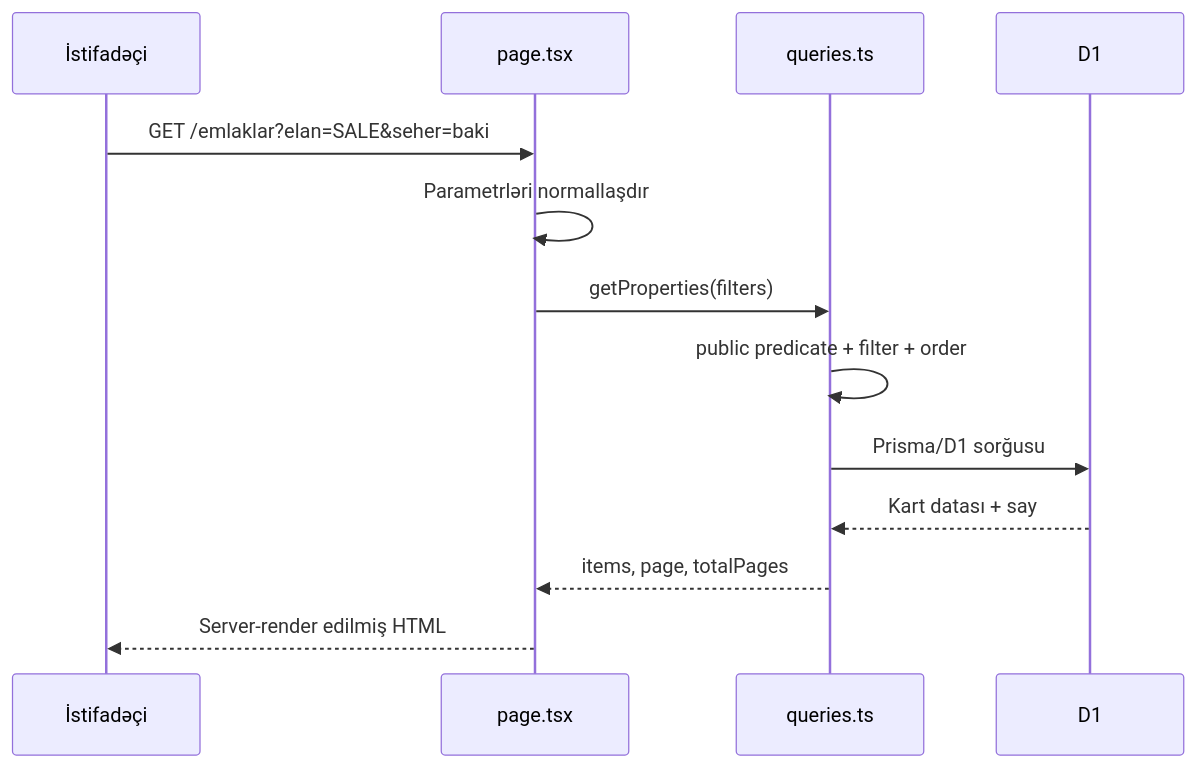
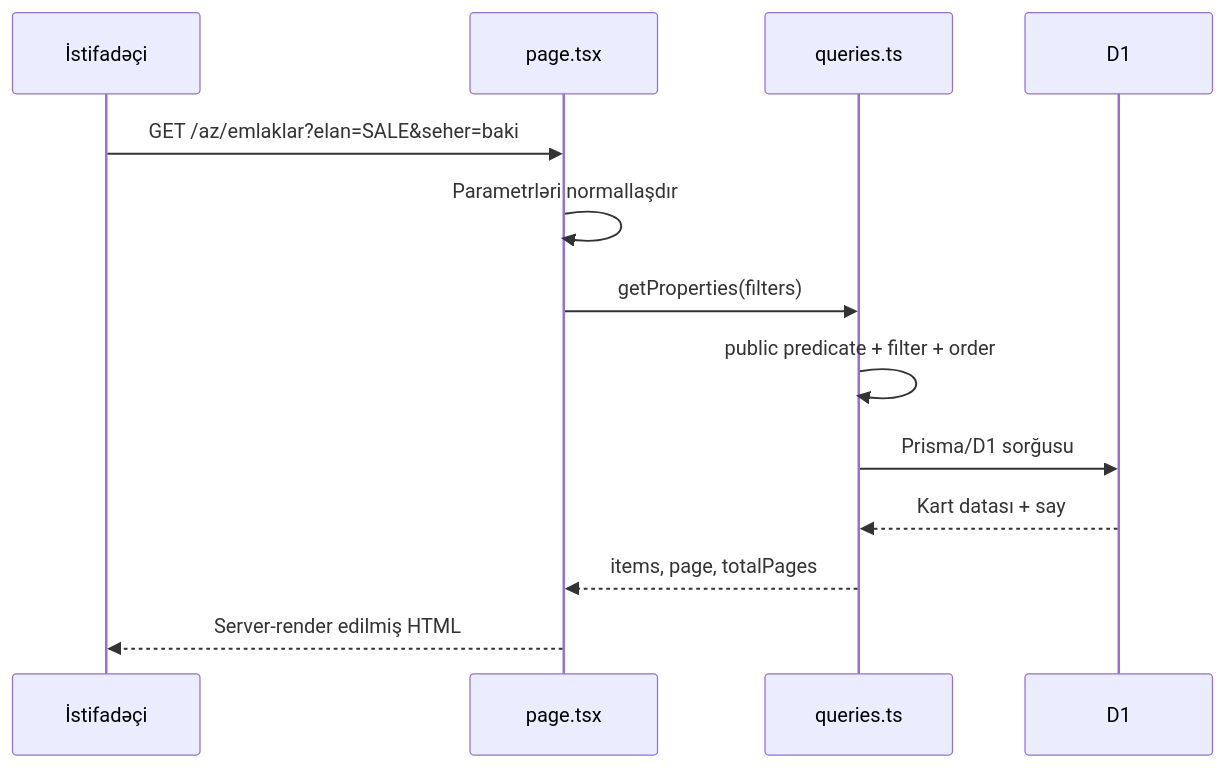
One commit to MuradoffTehmez/LuxeHome changed the second of 2 diagrams in Wiki/Architecture.md. Above: the diagram before and after it, drawn with Mermaid. The commit also changed other lines of this file and 9 other files, not shown here.

````diff
--- a/Wiki/Architecture.md
+++ b/Wiki/Architecture.md
@@ -43,16 +46,16 @@
 ```mermaid
 sequenceDiagram
     participant U as İstifadəçi
     participant P as page.tsx
     participant Q as queries.ts
     participant DB as D1
 
-    U->>P: GET /emlaklar?elan=SALE&seher=baki
+    U->>P: GET /az/emlaklar?elan=SALE&seher=baki
     P->>P: Parametrləri normallaşdır
     P->>Q: getProperties(filters)
     Q->>Q: public predicate + filter + order
     Q->>DB: Prisma/D1 sorğusu
     DB-->>Q: Kart datası + say
     Q-->>P: items, page, totalPages
     P-->>U: Server-render edilmiş HTML
 ```
````
